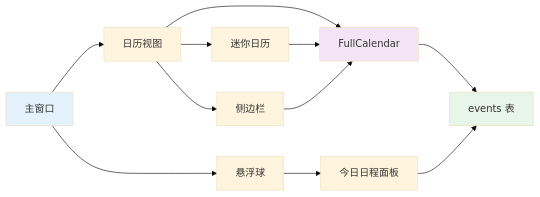
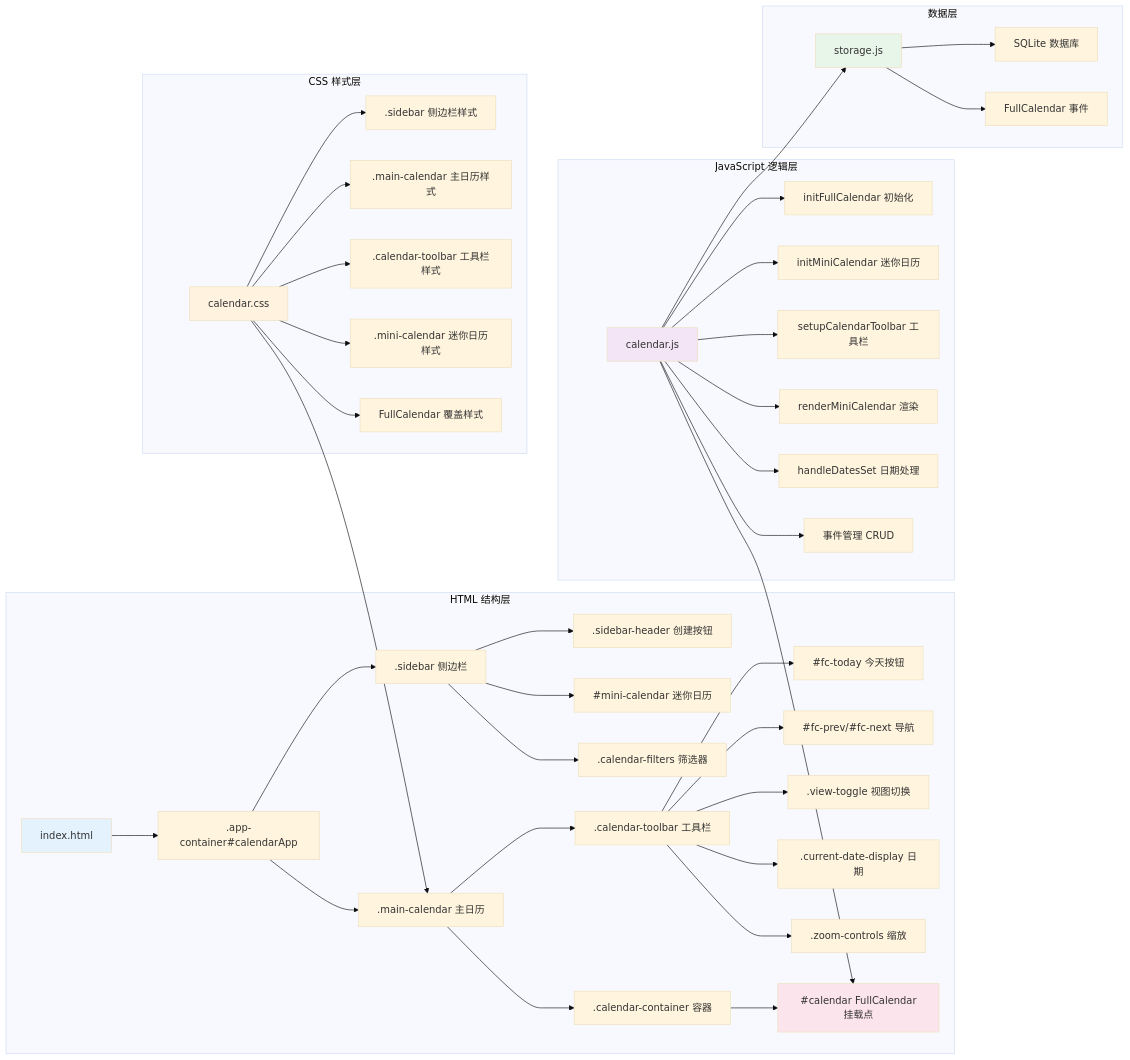
One commit to Tangzishun-Li/Skippy changed the third of 3 diagrams in README.md. Above: the diagram before and after it, drawn with Mermaid (base theme). The commit also changed 7 other files, not shown here.

First line of the commit message:
feat(calendar): 添加甘特图和环形图视图切换功能

````diff
--- a/README.md
+++ b/README.md
@@ -87,17 +87,55 @@
 ```mermaid
 graph LR
-    A[主窗口] --> B[日历视图]
-    A --> C[悬浮球]
-    B --> D[FullCalendar]
-    B --> E[迷你日历]
-    B --> F[侧边栏]
-    C --> G[今日日程面板]
-    D --> H[events 表]
-    E --> D
+    subgraph "HTML 结构层"
+        A[index.html] --> B[.app-container#calendarApp]
+        B --> C[.sidebar 侧边栏]
+        B --> D[.main-calendar 主日历]
+        
+        C --> C1[.sidebar-header 创建按钮]
+        C --> C2[#mini-calendar 迷你日历]
+        C --> C3[.calendar-filters 筛选器]
+        
+        D --> D1[.calendar-toolbar 工具栏]
+        D --> D2[.calendar-container 容器]
+        
+        D1 --> D11[#fc-today 今天按钮]
+        D1 --> D12[#fc-prev/#fc-next 导航]
+        D1 --> D13[.view-toggle 视图切换]
+        D1 --> D14[.current-date-display 日期]
+        D1 --> D15[.zoom-controls 缩放]
+        
+        D2 --> D21[#calendar FullCalendar挂载点]
+    end
+    
+    subgraph "JavaScript 逻辑层"
+        E[calendar.js] --> E1[initFullCalendar 初始化]
+        E --> E2[initMiniCalendar 迷你日历]
+        E --> E3[setupCalendarToolbar 工具栏]
+        E --> E4[renderMiniCalendar 渲染]
+        E --> E5[handleDatesSet 日期处理]
+        E --> E6[事件管理 CRUD]
+    end
+    
+    subgraph "CSS 样式层"
+        F[calendar.css] --> F1[.sidebar 侧边栏样式]
+        F --> F2[.main-calendar 主日历样式]
+        F --> F3[.calendar-toolbar 工具栏样式]
+        F --> F4[.mini-calendar 迷你日历样式]
+        F --> F5[FullCalendar 覆盖样式]
+    end
+    
+    subgraph "数据层"
+        G[storage.js] --> H[SQLite 数据库]
+        G --> I[FullCalendar 事件]
+    end
+    
+    E --> G
+    E --> D21
     F --> D
-    G --> H
     
     style A fill:#e3f2fd
-    style D fill:#f3e5f5
-    style H fill:#e8f5e9
+    style E fill:#f3e5f5
+    style F fill:#fff3e0
+    style G fill:#e8f5e9
+    style D21 fill:#fce4ec
 ```
````
